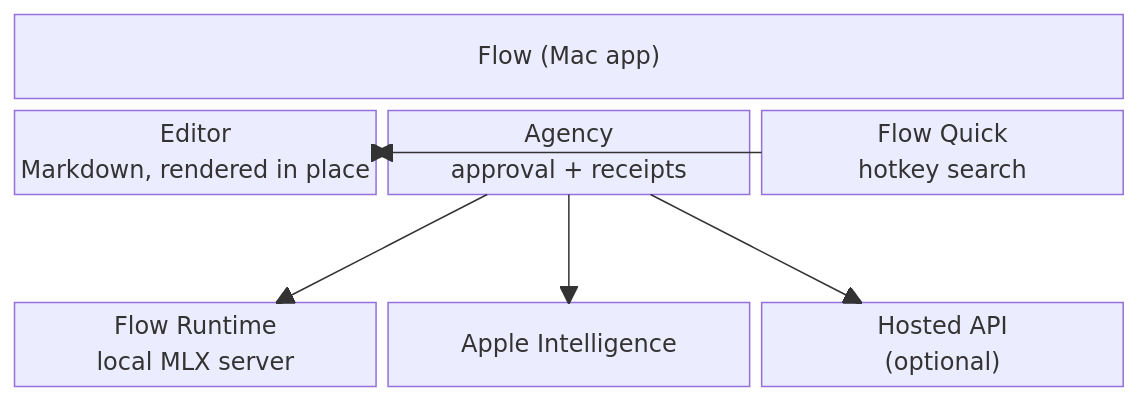
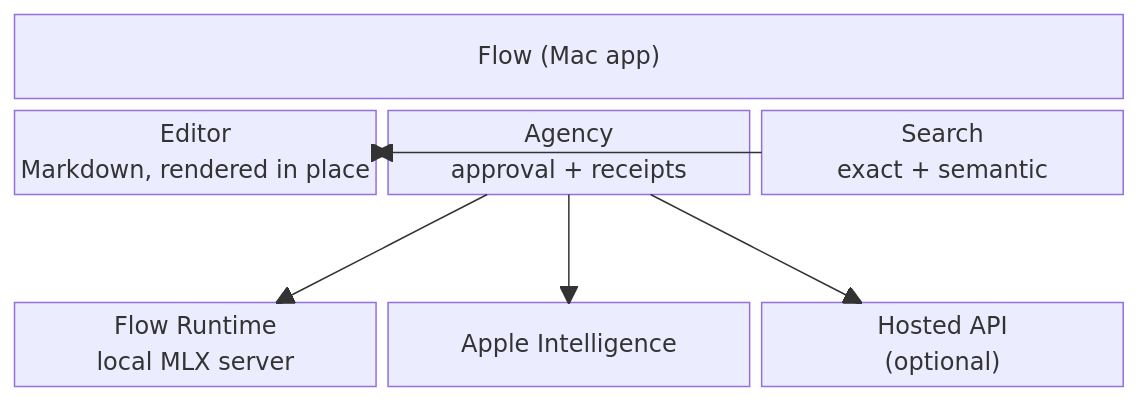
One commit to orionfold/flow changed diagram 15 of 20 in flow-guide/Visualization Gallery.md. Above: the diagram before and after it, drawn with Mermaid. The commit also changed other lines of this file and 11 other files, not shown here.

First line of the commit message:
The Flow Guide, content version 1.8.0

````diff
--- a/flow-guide/Visualization Gallery.md
+++ b/flow-guide/Visualization Gallery.md
@@ -1395,13 +1394,13 @@
 ```mermaid
 block-beta
   columns 3
   App["Flow (Mac app)"]:3
-  Editor["Editor\nMarkdown, rendered in place"] Agency["Agency\napproval + receipts"] Quick["Flow Quick\nhotkey search"]
+  Editor["Editor\nMarkdown, rendered in place"] Agency["Agency\napproval + receipts"] Search["Search\nexact + semantic"]
   space:3
   Runtime["Flow Runtime\nlocal MLX server"] Apple["Apple Intelligence"] Hosted["Hosted API\n(optional)"]
   Agency --> Runtime
   Agency --> Apple
   Agency --> Hosted
   Editor --> Agency
-  Quick --> Editor
+  Search --> Editor
 ```
````
